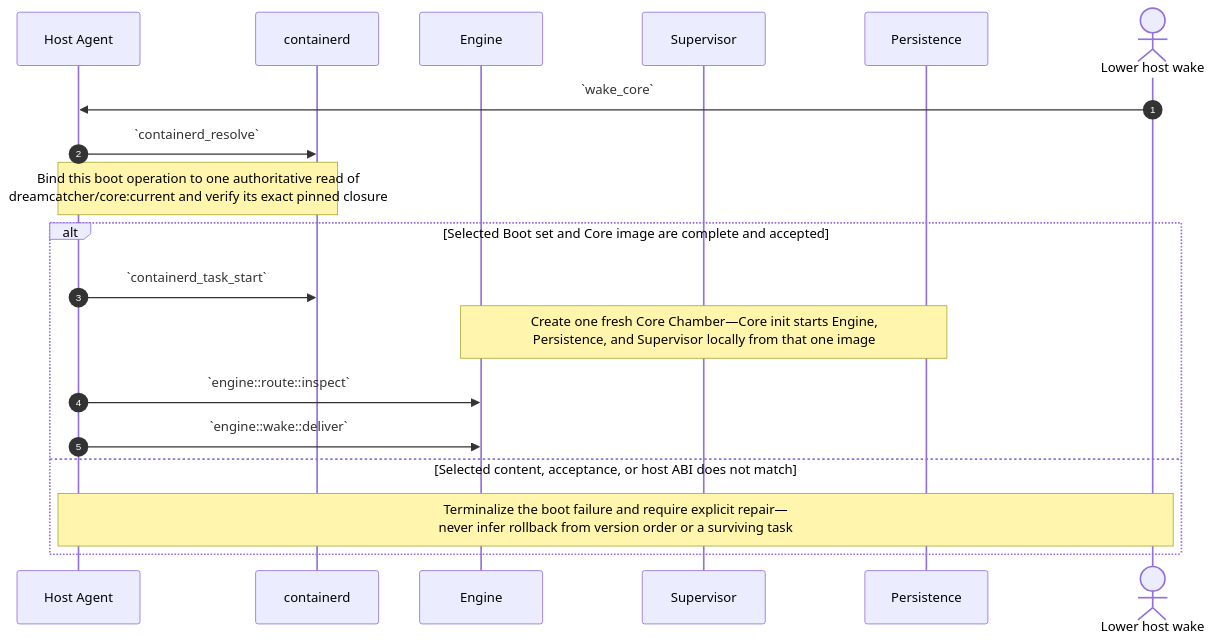
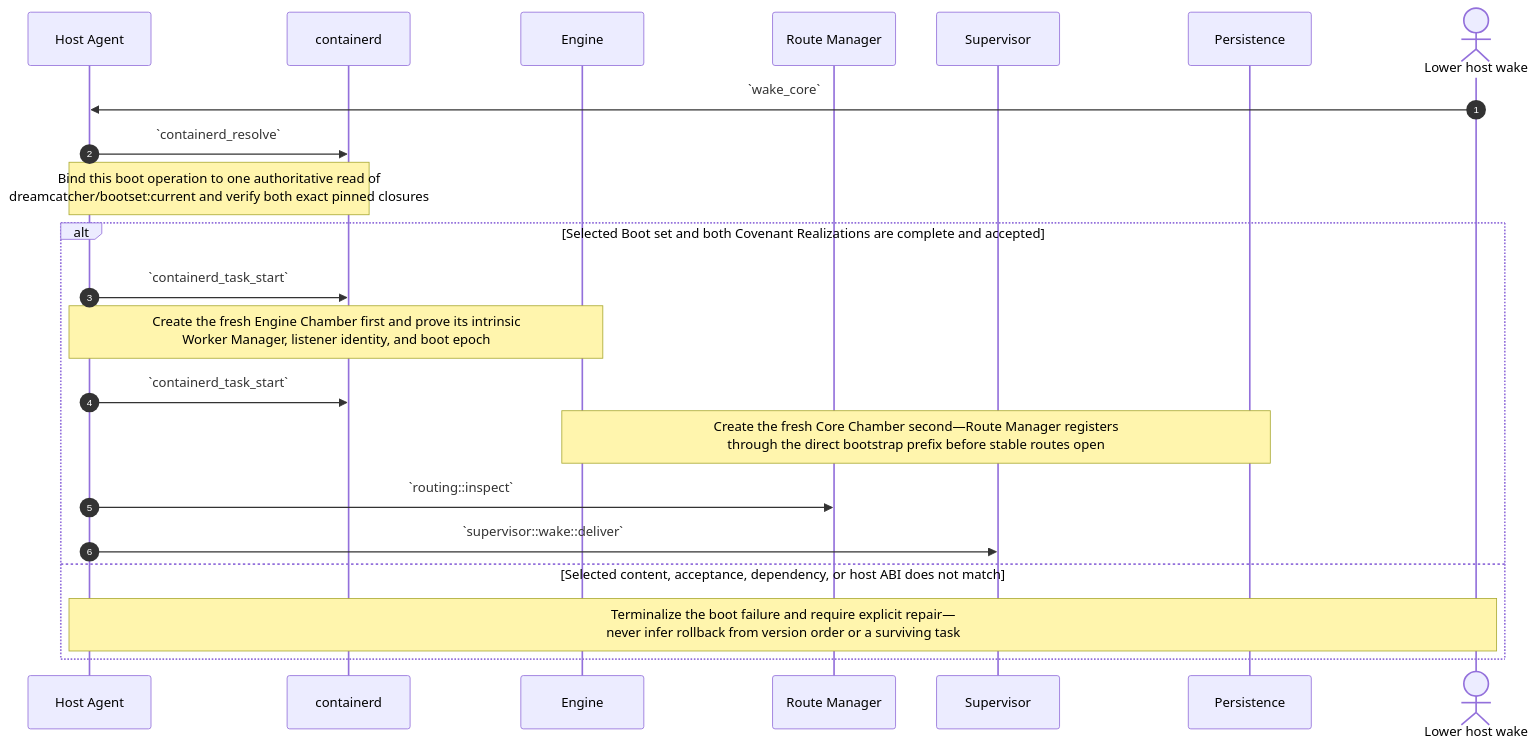
Before and after one commit to dreamcatcher-tech/chambers-lifecycle-explorer: the sixth of 15 diagrams in source/chambers-lifecycle-sequences.md, drawn with Mermaid. The commit also changed other lines of this file and 8 other files, not shown here.

Commit message:
docs: publish Engine-first Core Covenant lifecycle

````diff
--- a/source/chambers-lifecycle-sequences.md
+++ b/source/chambers-lifecycle-sequences.md
@@ -772,22 +837,25 @@
 ```mermaid
 sequenceDiagram
     autonumber
     participant HostAgent as Host Agent
     participant containerd
     participant Engine
+    participant RouteManager as Route Manager
     participant Supervisor
     participant Persistence
     actor Host as Lower host wake
 
     Host->>HostAgent: `wake_core`
     HostAgent->>containerd: `containerd_resolve`
-    Note over HostAgent,containerd: Bind this boot operation to one authoritative read of<br/>dreamcatcher/core:current and verify its exact pinned closure
-    alt Selected Boot set and Core image are complete and accepted
+    Note over HostAgent,containerd: Bind this boot operation to one authoritative read of<br/>dreamcatcher/bootset:current and verify both exact pinned closures
+    alt Selected Boot set and both Covenant Realizations are complete and accepted
         HostAgent->>containerd: `containerd_task_start`
-        Note over Engine,Persistence: Create one fresh Core Chamber—Core init starts Engine,<br/>Persistence, and Supervisor locally from that one image
-        HostAgent->>Engine: `engine::route::inspect`
-        HostAgent->>Engine: `engine::wake::deliver`
-    else Selected content, acceptance, or host ABI does not match
+        Note over HostAgent,Engine: Create the fresh Engine Chamber first and prove its intrinsic<br/>Worker Manager, listener identity, and boot epoch
+        HostAgent->>containerd: `containerd_task_start`
+        Note over Engine,Persistence: Create the fresh Core Chamber second—Route Manager registers<br/>through the direct bootstrap prefix before stable routes open
+        HostAgent->>RouteManager: `routing::inspect`
+        HostAgent->>Supervisor: `supervisor::wake::deliver`
+    else Selected content, acceptance, dependency, or host ABI does not match
         Note over HostAgent,Host: Terminalize the boot failure and require explicit repair—<br/>never infer rollback from version order or a surviving task
     end
 ```
````
